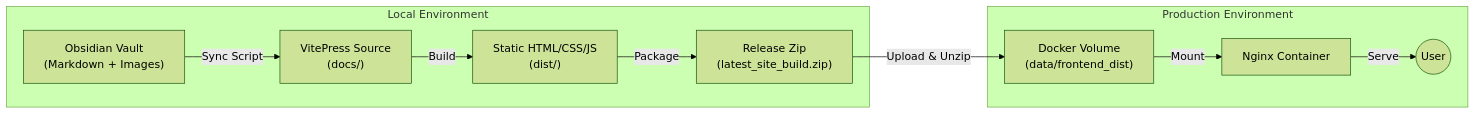
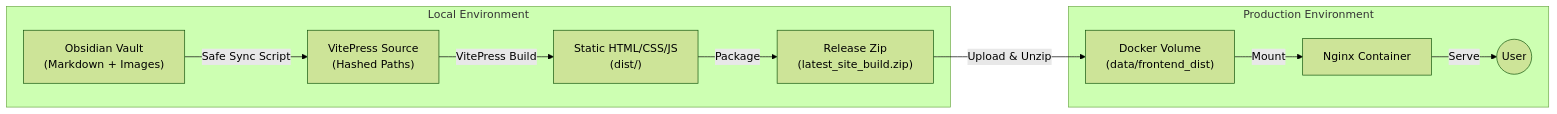
The diagram in README.md (narcotics0507/Obsidian2VitePress), drawn with Mermaid (forest theme) before and after one commit. The commit also changed other lines of this file and 9 other files, not shown here.

````diff
--- a/README.md
+++ b/README.md
@@ -21,14 +27,14 @@
 ```mermaid
 graph LR
     subgraph "Local Environment"
-        Obsidian["Obsidian Vault\n(Markdown + Images)"] -->|Sync Script| ViteSource["VitePress Source\n(docs/)"]
-        ViteSource -->|Build| Dist["Static HTML/CSS/JS\n(dist/)"]
+        Obsidian["Obsidian Vault\n(Markdown + Images)"] -->|Safe Sync Script| ViteSource["VitePress Source\n(Hashed Paths)"]
+        ViteSource -->|VitePress Build| Dist["Static HTML/CSS/JS\n(dist/)"]
         Dist -->|Package| Zip["Release Zip\n(latest_site_build.zip)"]
     end
     
     subgraph "Production Environment"
         Zip -->|Upload & Unzip| Volume["Docker Volume\n(data/frontend_dist)"]
         Volume -->|Mount| Nginx[Nginx Container]
         Nginx -->|Serve| User((User))
     end
 ```
````
